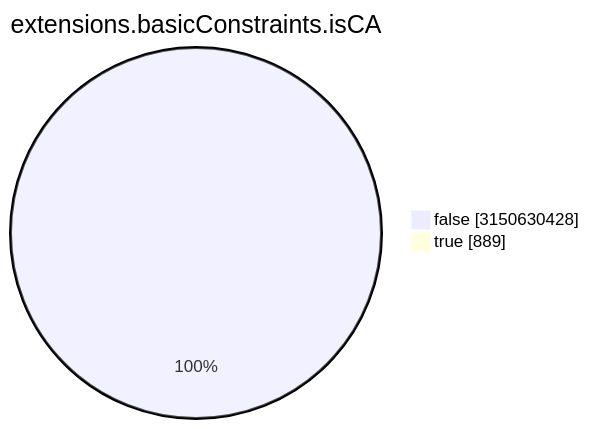
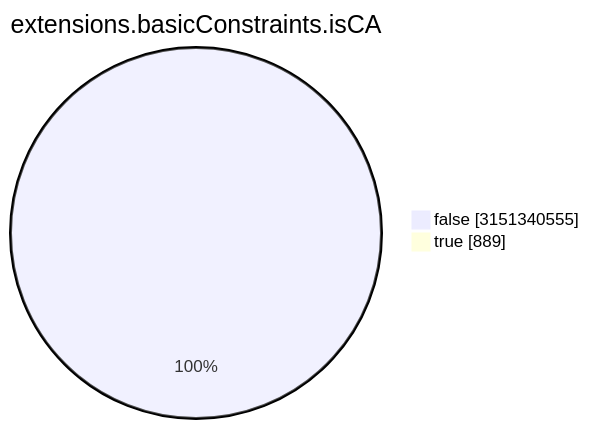
The seventh of 15 diagrams in TOTAL/README.md (christiankrug/ctmonitor_visualization), drawn with Mermaid before and after one commit. The commit also changed other lines of this file, not shown here.

````diff
--- a/TOTAL/README.md
+++ b/TOTAL/README.md
@@ -3088,6 +3088,6 @@
 ```mermaid
 pie showData
 title extensions.basicConstraints.isCA
-"false" :3150630428
+"false" :3151340555
 "true" :889
 ```
````
